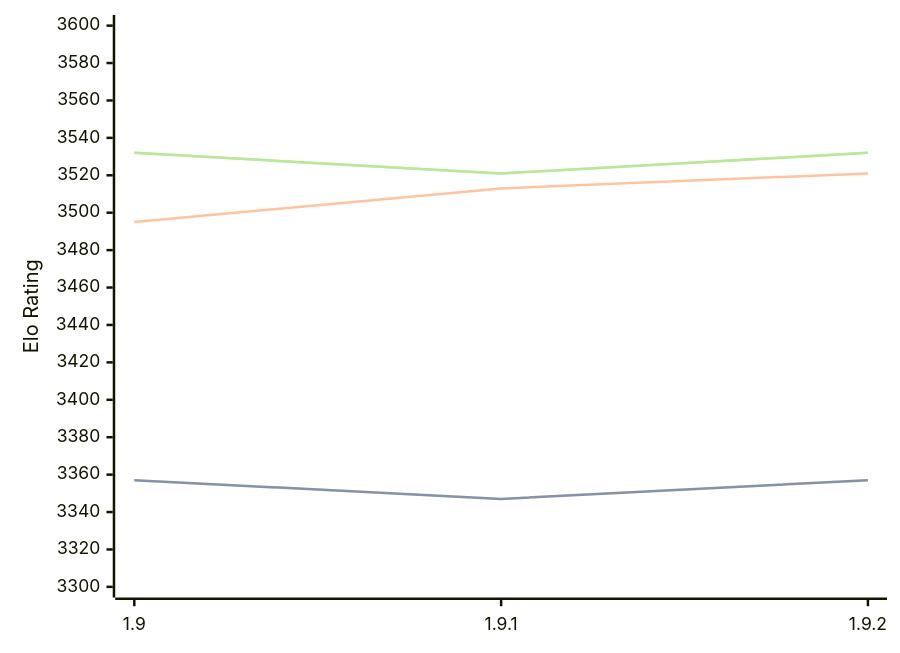
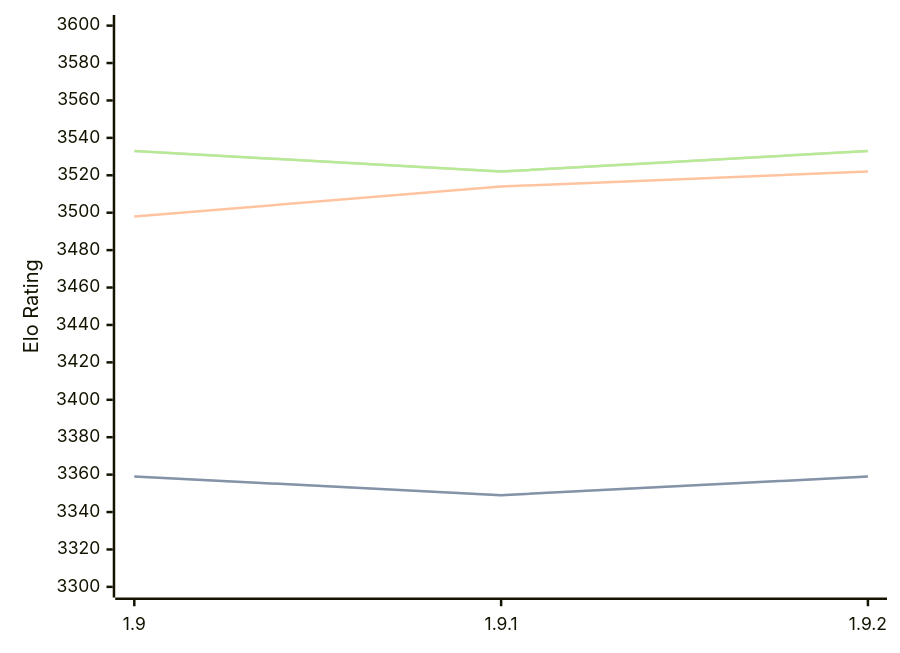
Before and after one commit to computer-chess-index/cci: the diagram in engines/Pawnocchio.md, drawn with Mermaid. The commit also changed other lines of this file, not shown here.

Commit message:
Update CCI Ratings (ELO VLTC) - 2026-06-11

````diff
--- a/engines/Pawnocchio.md
+++ b/engines/Pawnocchio.md
@@ -48,11 +48,11 @@
 ```mermaid
 %%{init: {"theme":"base","themeVariables":{"seriesColors:['#a3a3a3','#222221','#faa371']}}}%%
 xychart-beta
   x-axis ["1.9", "1.9.1", "1.9.2"]
   y-axis "Elo Rating" 3300 --> 3600
-  line "STC (8.0+0.08s)" [3357, 3347, 3357]
-  line "STC (8.0+0.08s)" [3357, 3347, 3357]
-  line "LTC (60.0+0.60s)" [3495, 3513, 3521]
-  line "VLTC (2m24s+1.12s)" [3532, 3521, 3532]
-  line "VLTC (2m24s+1.12s)" [3532, 3521, 3532]
+  line "STC (8.0+0.08s)" [3359, 3349, 3359]
+  line "STC (8.0+0.08s)" [3359, 3349, 3359]
+  line "LTC (60.0+0.60s)" [3498, 3514, 3522]
+  line "VLTC (2m24s+1.12s)" [3533, 3522, 3533]
+  line "VLTC (2m24s+1.12s)" [3533, 3522, 3533]
 ```
````
